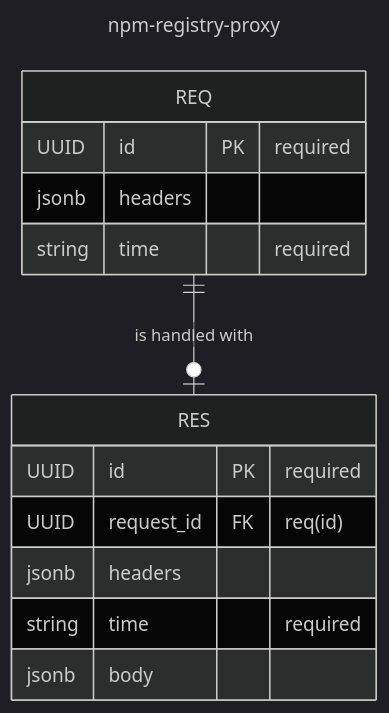
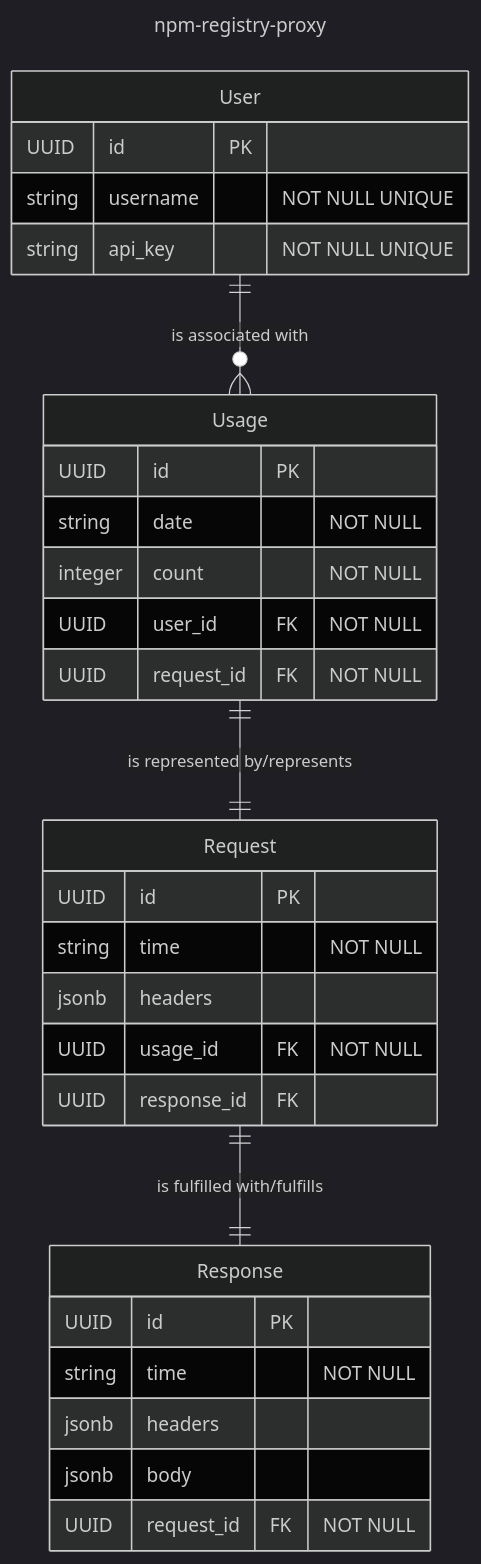
One commit to eisukeesaki/npm-registry-api-proxy changed the diagram in appdata/diagrams/entity-relationship-diagram.mmd. Above: the diagram before and after it, drawn with Mermaid (dark theme). The commit also changed other lines of this file and 1 other file, not shown here.

Commit message:
reflected updated data model to ERD

```diff
--- a/appdata/diagrams/entity-relationship-diagram.mmd
+++ b/appdata/diagrams/entity-relationship-diagram.mmd
@@ -1,17 +1,34 @@
 ---
 title: npm-registry-proxy
 ---
 erDiagram
-    REQ ||--o| RES: "is handled with"
-    REQ {
-        UUID id PK "required"
+    User ||--o{ Usage: "is associated with"
+    Usage ||--|| Request: "is represented by/represents"
+    Request ||--|| Response: "is fulfilled with/fulfills"
+    User {
+        UUID id PK
+        string username "NOT NULL UNIQUE"
+        string api_key "NOT NULL UNIQUE"
+    }
+    Usage {
+        UUID id PK
+        string date "NOT NULL"
+        integer count "NOT NULL"
+        UUID user_id FK "NOT NULL"
+        UUID request_id FK "NOT NULL"
+
+    }
+    Request {
+        UUID id PK
+        string time "NOT NULL"
         jsonb headers
-        string time "required"
+        UUID usage_id FK "NOT NULL"
+        UUID response_id  FK
     }
-    RES {
-        UUID id PK "required"
-        UUID request_id FK "req(id)"
+    Response {
+        UUID id PK
+        string time "NOT NULL"
         jsonb headers
-        string time "required"
         jsonb body
+        UUID request_id FK "NOT NULL"
     }
```
